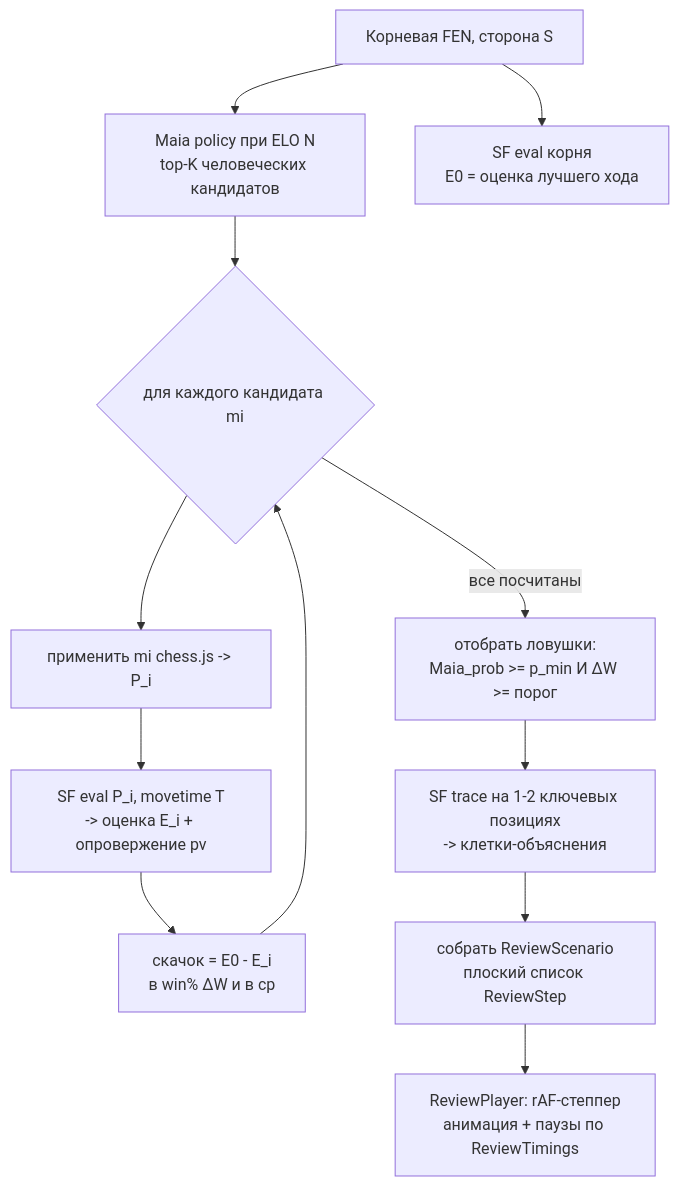
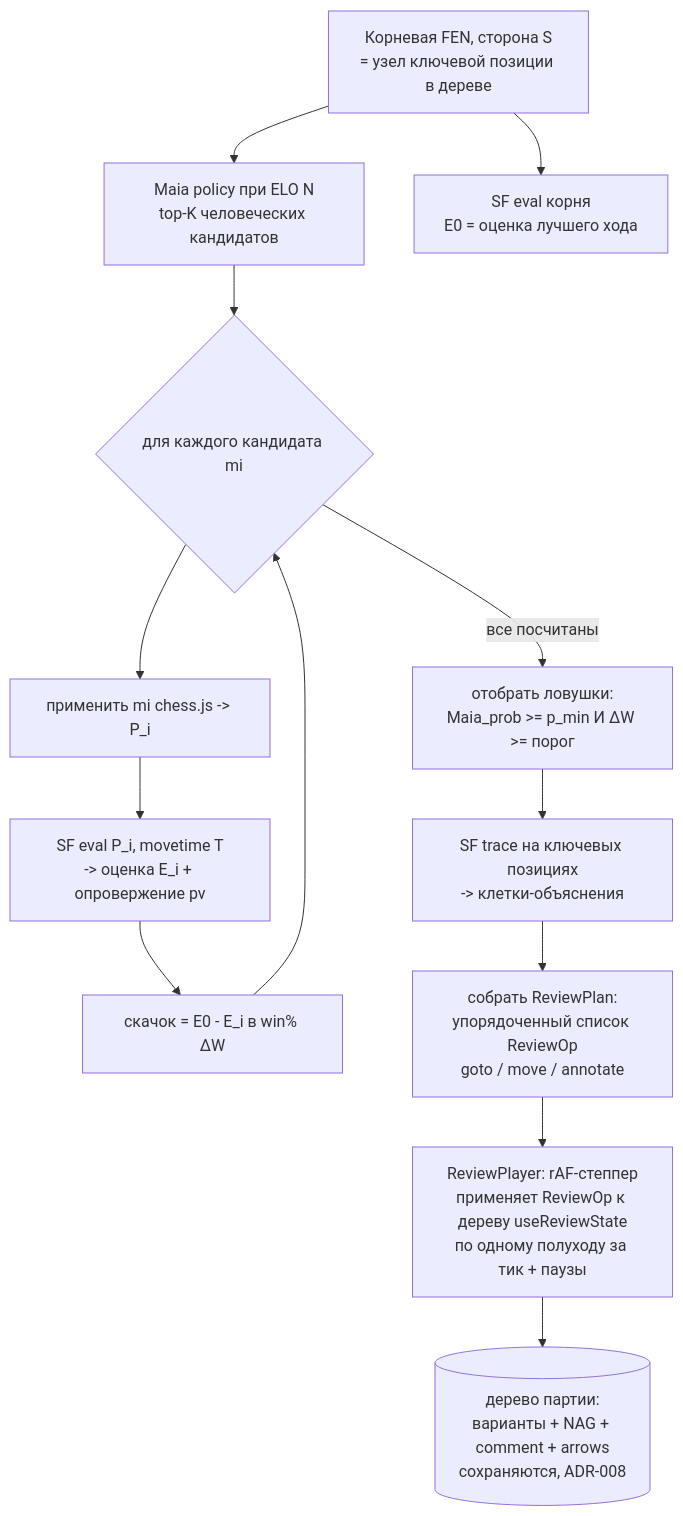
One commit to StasPiv/kingside changed the first of 3 diagrams in docs/adr/165-algorithmic-visual-position-review.md. Above: the diagram before and after it, drawn with Mermaid. The commit also changed other lines of this file, not shown here.

Commit message:
docs(adr): ADR-165 rev2 — разбор пишется в дерево партии как варианты, без scratch [KS-4942]

````diff
--- a/docs/adr/165-algorithmic-visual-position-review.md
+++ b/docs/adr/165-algorithmic-visual-position-review.md
@@ -30,14 +32,15 @@
 ```mermaid
 flowchart TD
-    P0[Корневая FEN, сторона S] --> MAIA[Maia policy при ELO N<br/>top-K человеческих кандидатов]
+    P0[Корневая FEN, сторона S<br/>= узел ключевой позиции в дереве] --> MAIA[Maia policy при ELO N<br/>top-K человеческих кандидатов]
     P0 --> ROOT[SF eval корня<br/>E0 = оценка лучшего хода]
     MAIA --> LOOP{для каждого кандидата mi}
     LOOP --> APP[применить mi chess.js -> P_i]
     APP --> SFI[SF eval P_i, movetime T<br/>-> оценка E_i + опровержение pv]
-    SFI --> SWING[скачок = E0 - E_i<br/>в win% ΔW и в cp]
+    SFI --> SWING[скачок = E0 - E_i в win% ΔW]
     SWING --> LOOP
     LOOP -->|все посчитаны| PICK[отобрать ловушки:<br/>Maia_prob >= p_min И ΔW >= порог]
-    PICK --> TRACE[SF trace на 1-2 ключевых позициях<br/>-> клетки-объяснения]
-    TRACE --> SCEN[собрать ReviewScenario<br/>плоский список ReviewStep]
-    SCEN --> PLAY[ReviewPlayer: rAF-степпер<br/>анимация + паузы по ReviewTimings]
+    PICK --> TRACE[SF trace на ключевых позициях<br/>-> клетки-объяснения]
+    TRACE --> OPS[собрать ReviewPlan:<br/>упорядоченный список ReviewOp<br/>goto / move / annotate]
+    OPS --> PLAY[ReviewPlayer: rAF-степпер<br/>применяет ReviewOp к дереву useReviewState<br/>по одному полуходу за тик + паузы]
+    PLAY --> TREE[(дерево партии:<br/>варианты + NAG + comment + arrows<br/>сохраняются, ADR-008)]
 ```
````
